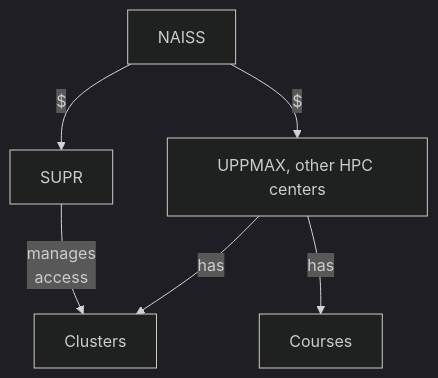
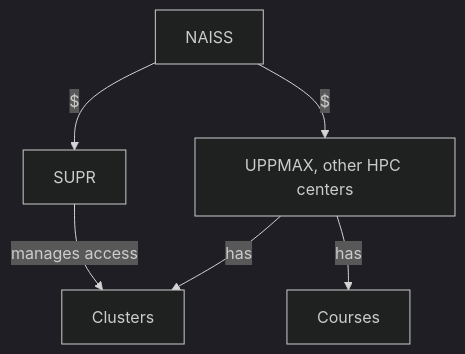
Before and after one commit to UPPMAX/uppmax_intro_day_1: the diagram in docs/sessions/introduction_bigger_picture.md, drawn with Mermaid (dark theme). The commit also changed 2 other files, not shown here.

````diff
--- a/docs/sessions/introduction_bigger_picture.md
+++ b/docs/sessions/introduction_bigger_picture.md
@@ -5,14 +5,14 @@
 ```mermaid
 flowchart TD
   naiss[NAISS]
   supr[SUPR]
   uppmax[UPPMAX, other HPC centers]
   clusters[Clusters]
   courses[Courses]
 
-  supr --> |manages\naccess| clusters
+  supr --> |manages access| clusters
   naiss --> |$| uppmax
   naiss --> |$| supr
   uppmax --> |has| clusters
   uppmax --> |has| courses
 ```
````
